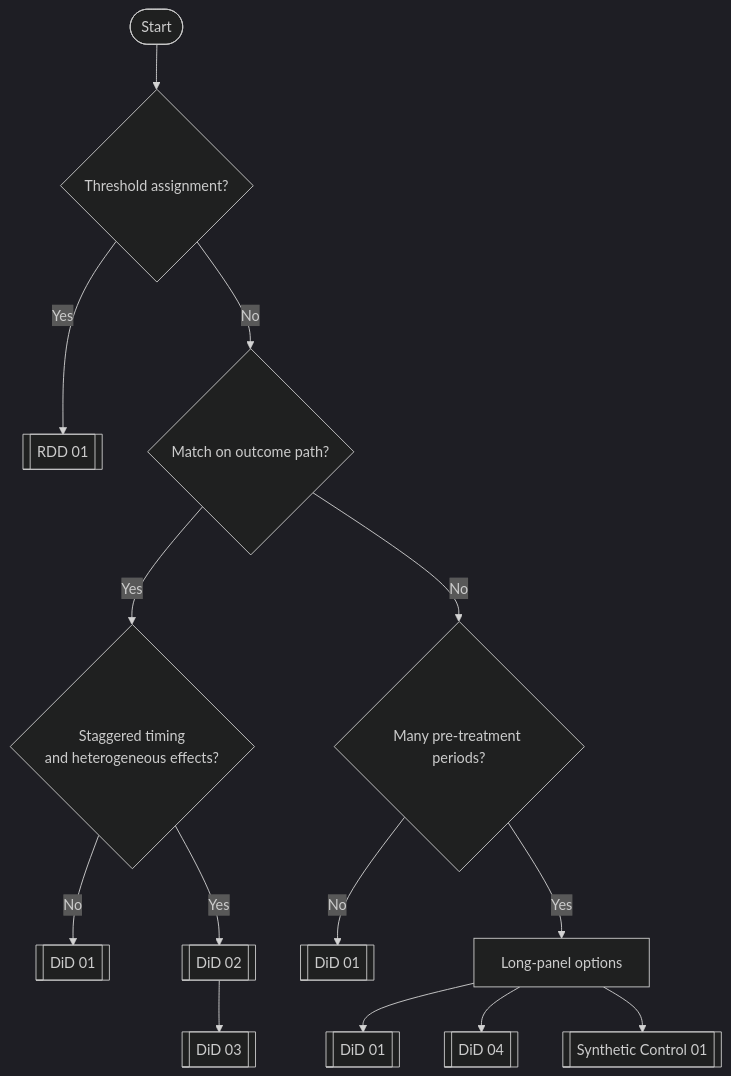
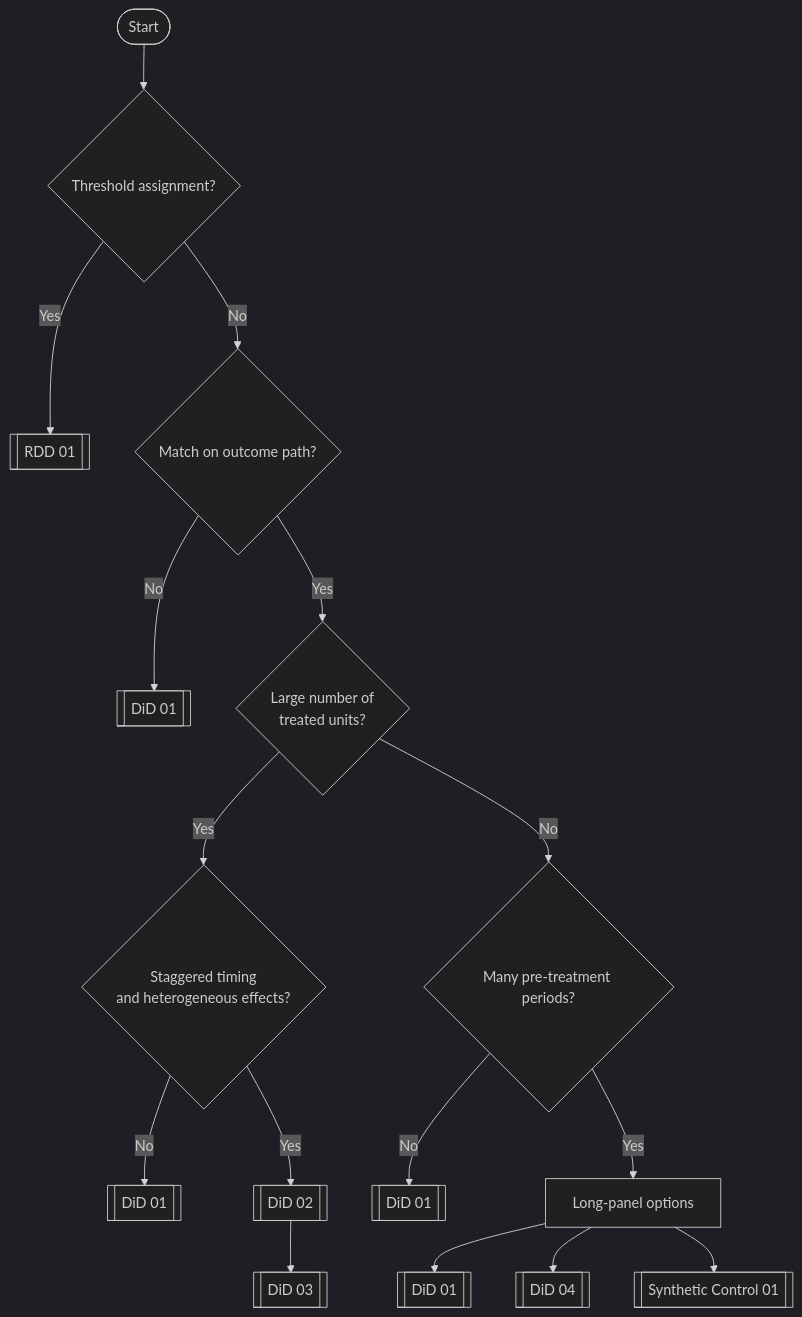
Before and after one commit to caresiri/Quasi-Experimental-Methods: the diagram in README.md, drawn with Mermaid (dark theme). The commit also changed other lines of this file, not shown here.

Commit message:
Fix README decision tree logic

````diff
--- a/README.md
+++ b/README.md
@@ -48,19 +50,22 @@
 ```mermaid
 flowchart TB
     A([Start]) --> B{Threshold assignment?}
     B -->|Yes| RDD[[RDD 01]]
     B -->|No| C{Match on outcome path?}
 
-    C -->|Yes| D{Staggered timing<br/>and heterogeneous effects?}
-    C -->|No| E{Many pre-treatment periods?}
+    C -->|No| DID0[[DiD 01]]
+    C -->|Yes| D{Large number of<br/>treated units?}
 
-    D -->|No| DID1[[DiD 01]]
-    D -->|Yes| DID2[[DiD 02]]
+    D -->|Yes| E{Staggered timing<br/>and heterogeneous effects?}
+    D -->|No| F{Many pre-treatment periods?}
+
+    E -->|No| DID1[[DiD 01]]
+    E -->|Yes| DID2[[DiD 02]]
     DID2 --> DID3[[DiD 03]]
 
-    E -->|No| DID1B[[DiD 01]]
-    E -->|Yes| L[Long-panel options]
+    F -->|No| DID1B[[DiD 01]]
+    F -->|Yes| L[Long-panel options]
     L --> DID1C[[DiD 01]]
     L --> DID4[[DiD 04]]
     L --> SC[[Synthetic Control 01]]
 ```
````
